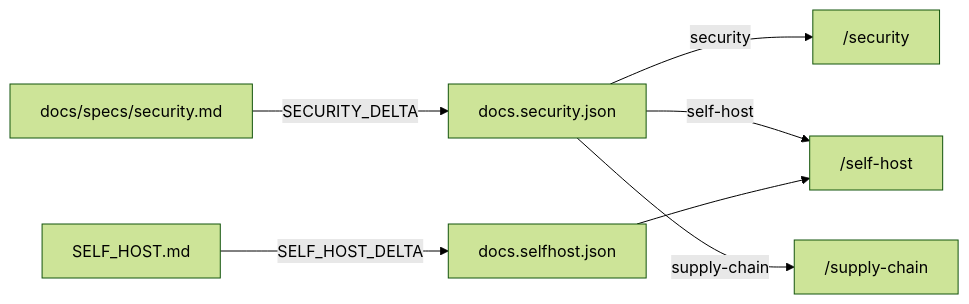
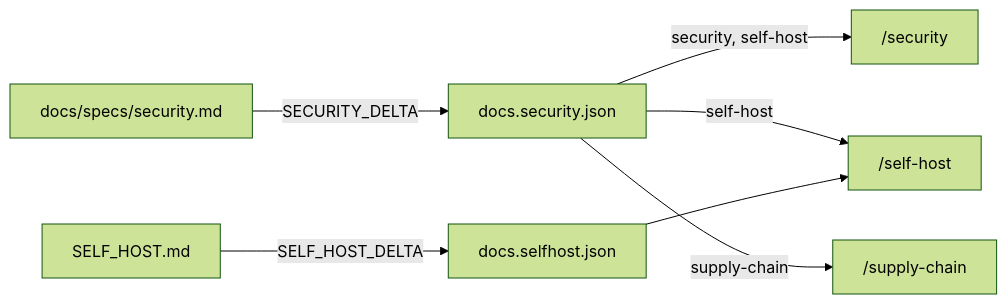
The diagram in docs/specs/website-docs.md (diffplug/dormouse), drawn with Mermaid (forest theme) before and after one commit. The commit also changed other lines of this file and 9 other files, not shown here.

````diff
--- a/docs/specs/website-docs.md
+++ b/docs/specs/website-docs.md
@@ -185,8 +185,8 @@
 ```mermaid
 flowchart LR
   SEC[docs/specs/security.md] -->|SECURITY_DELTA| J[docs.security.json]
-  J -->|security| P1["/security"]
+  J -->|security, self-host| P1["/security"]
   J -->|self-host| P2["/self-host"]
   J -->|supply-chain| P3["/supply-chain"]
   SH[SELF_HOST.md] -->|SELF_HOST_DELTA| JS[docs.selfhost.json] --> P2
 ```
````
